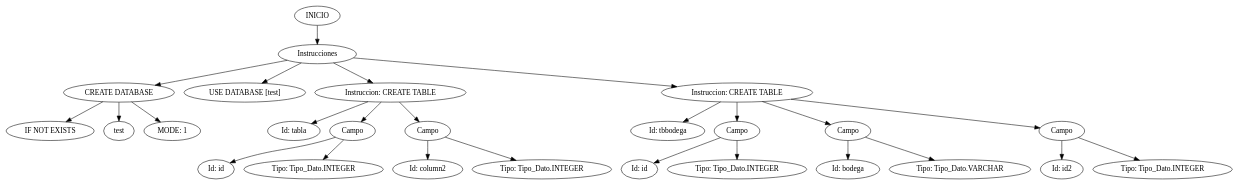
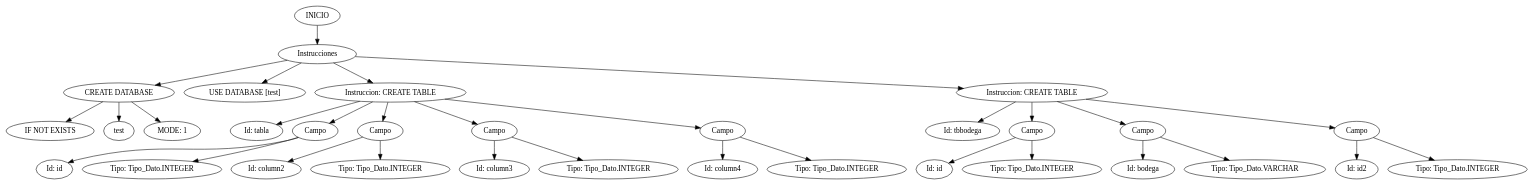
Before and after one commit to tytusdb/tytusdb: the diagram in parser/fase2/team22/AST.dot, drawn with Graphviz. The commit also changed 8 other files, not shown here.

```diff
--- a/parser/fase2/team22/AST.dot
+++ b/parser/fase2/team22/AST.dot
@@ -1,54 +1,66 @@
 digraph G{
 edge [color=black]; rankdir = TB;
 Nodo0[label="INICIO"]
 Nodo1[label="Instrucciones"]
 Nodo0 -> Nodo1;
 Nodo2[label="CREATE DATABASE"]
 Nodo1 -> Nodo2;
 Nodo3[label="IF NOT EXISTS"]
 Nodo2 -> Nodo3;
 Nodo4[label="test"]
 Nodo2 -> Nodo4;
 Nodo5[label="MODE: 1"]
 Nodo2 -> Nodo5;
 Nodo10[label="USE DATABASE [test]"]
 Nodo1 -> Nodo10;
 Nodo11[label="Instruccion: CREATE TABLE"]
 Nodo1 -> Nodo11;
 Nodo12[label="Id: tabla"]
 Nodo11 -> Nodo12;
 Nodo13[label="Campo"]
 Nodo11 -> Nodo13;
 Nodo14[label="Id: id"]
 Nodo13 -> Nodo14;
 Nodo15[label="Tipo: Tipo_Dato.INTEGER"]
 Nodo13 -> Nodo15;
 Nodo16[label="Campo"]
 Nodo11 -> Nodo16;
 Nodo17[label="Id: column2"]
 Nodo16 -> Nodo17;
 Nodo18[label="Tipo: Tipo_Dato.INTEGER"]
 Nodo16 -> Nodo18;
-Nodo19[label="Instruccion: CREATE TABLE"]
-Nodo1 -> Nodo19;
-Nodo20[label="Id: tbbodega"]
+Nodo19[label="Campo"]
+Nodo11 -> Nodo19;
+Nodo20[label="Id: column3"]
 Nodo19 -> Nodo20;
-Nodo21[label="Campo"]
+Nodo21[label="Tipo: Tipo_Dato.INTEGER"]
 Nodo19 -> Nodo21;
-Nodo22[label="Id: id"]
-Nodo21 -> Nodo22;
-Nodo23[label="Tipo: Tipo_Dato.INTEGER"]
-Nodo21 -> Nodo23;
-Nodo24[label="Campo"]
-Nodo19 -> Nodo24;
-Nodo25[label="Id: bodega"]
-Nodo24 -> Nodo25;
-Nodo26[label="Tipo: Tipo_Dato.VARCHAR"]
-Nodo24 -> Nodo26;
+Nodo22[label="Campo"]
+Nodo11 -> Nodo22;
+Nodo23[label="Id: column4"]
+Nodo22 -> Nodo23;
+Nodo24[label="Tipo: Tipo_Dato.INTEGER"]
+Nodo22 -> Nodo24;
+Nodo25[label="Instruccion: CREATE TABLE"]
+Nodo1 -> Nodo25;
+Nodo26[label="Id: tbbodega"]
+Nodo25 -> Nodo26;
 Nodo27[label="Campo"]
-Nodo19 -> Nodo27;
-Nodo28[label="Id: id2"]
+Nodo25 -> Nodo27;
+Nodo28[label="Id: id"]
 Nodo27 -> Nodo28;
 Nodo29[label="Tipo: Tipo_Dato.INTEGER"]
 Nodo27 -> Nodo29;
+Nodo30[label="Campo"]
+Nodo25 -> Nodo30;
+Nodo31[label="Id: bodega"]
+Nodo30 -> Nodo31;
+Nodo32[label="Tipo: Tipo_Dato.VARCHAR"]
+Nodo30 -> Nodo32;
+Nodo33[label="Campo"]
+Nodo25 -> Nodo33;
+Nodo34[label="Id: id2"]
+Nodo33 -> Nodo34;
+Nodo35[label="Tipo: Tipo_Dato.INTEGER"]
+Nodo33 -> Nodo35;
 }
```
